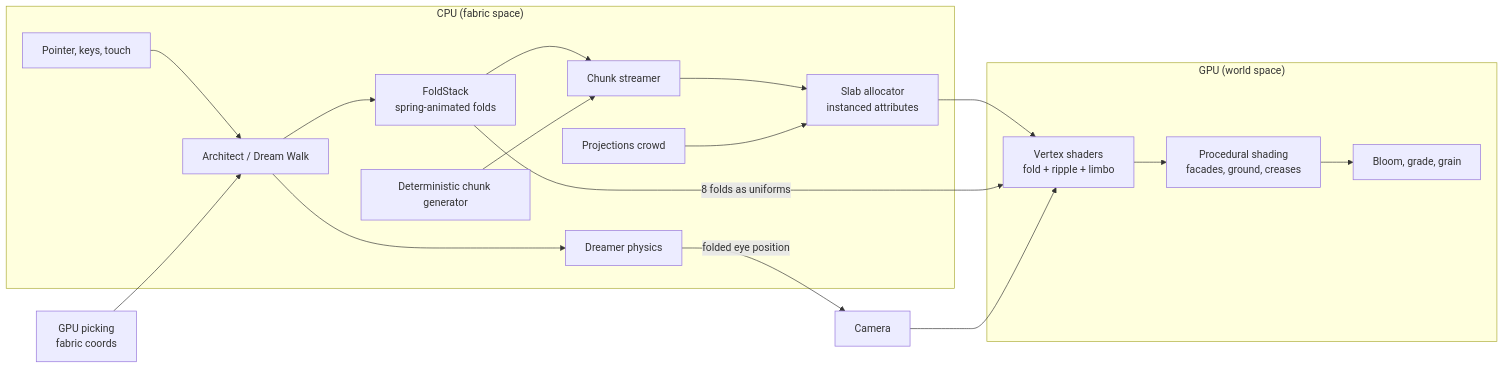
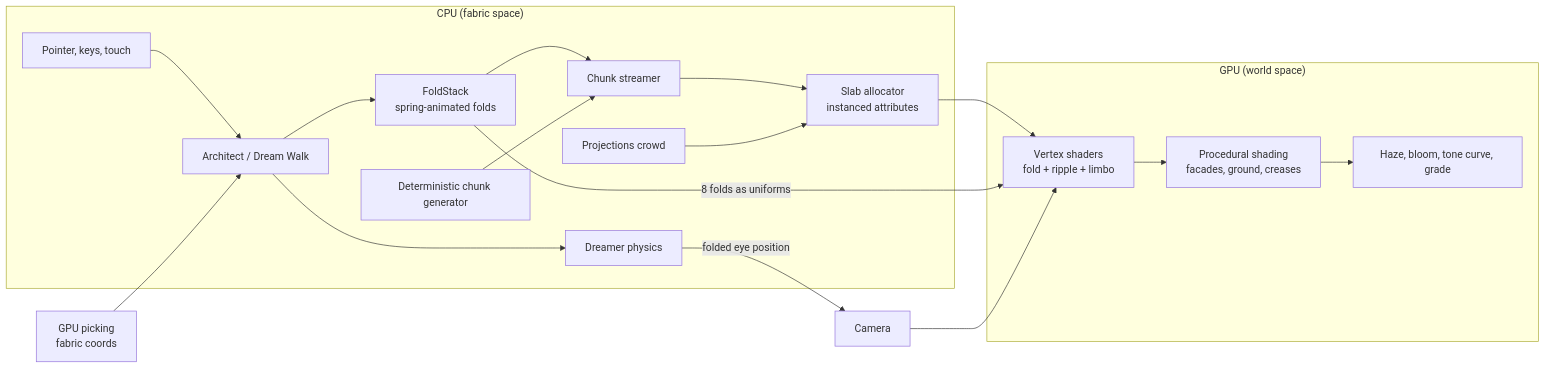
One commit to msavastano/Inception-City changed the diagram in docs/CITY_PLAN.md. Above: the diagram before and after it, drawn with Mermaid. The commit also changed other lines of this file and 18 other files, not shown here.

First line of the commit message:
Light and air: contact shadows, sky-coloured haze, lamp glow, a neutral tone curve

````diff
--- a/docs/CITY_PLAN.md
+++ b/docs/CITY_PLAN.md
@@ -187,21 +187,21 @@
 ```mermaid
 flowchart LR
   subgraph CPU["CPU (fabric space)"]
     Input[Pointer, keys, touch] --> Modes[Architect / Dream Walk]
     Modes --> Folds[FoldStack<br/>spring-animated folds]
     Modes --> Walker[Dreamer physics]
     Folds --> Stream[Chunk streamer]
     Gen[Deterministic chunk generator] --> Stream
     Stream --> Slabs[Slab allocator<br/>instanced attributes]
     Crowd[Projections crowd] --> Slabs
   end
   subgraph GPU["GPU (world space)"]
     Slabs --> VS[Vertex shaders<br/>fold + ripple + limbo]
     Folds -->|8 folds as uniforms| VS
     VS --> FS[Procedural shading<br/>facades, ground, creases]
-    FS --> Post[Bloom, grade, grain]
+    FS --> Post[Haze, bloom, tone curve, grade]
   end
   Walker -->|folded eye position| Camera
   Camera --> VS
   Pick[GPU picking<br/>fabric coords] --> Modes
 ```
````
